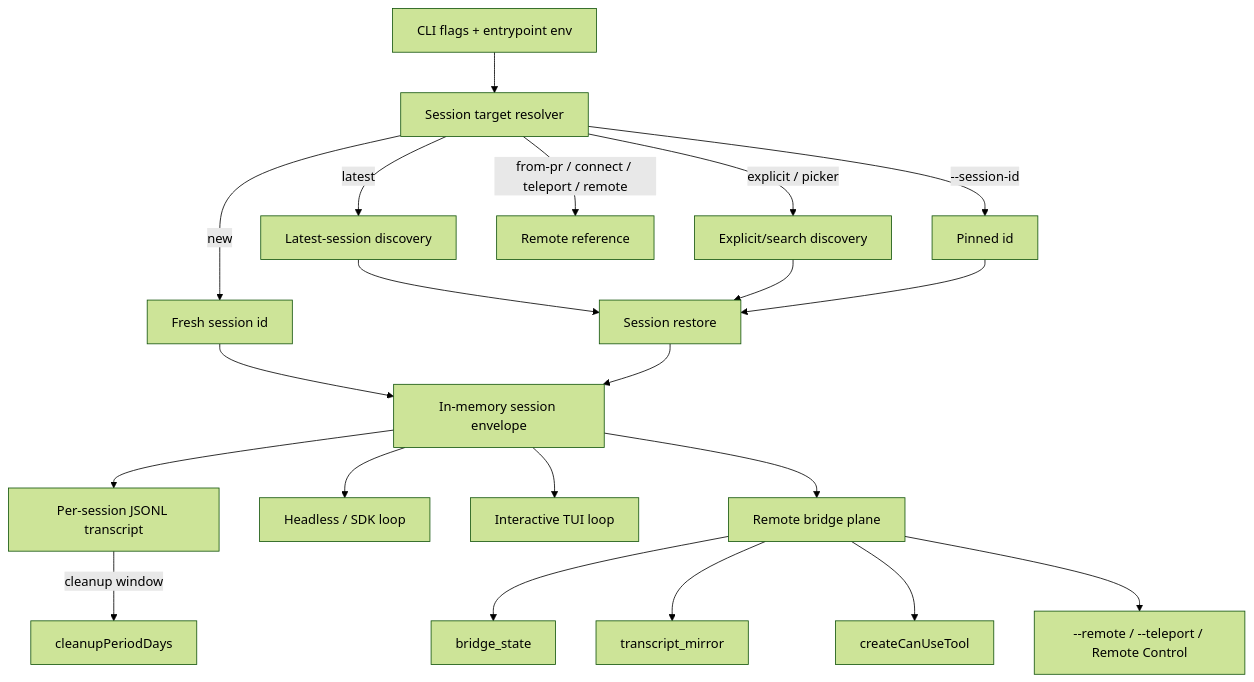
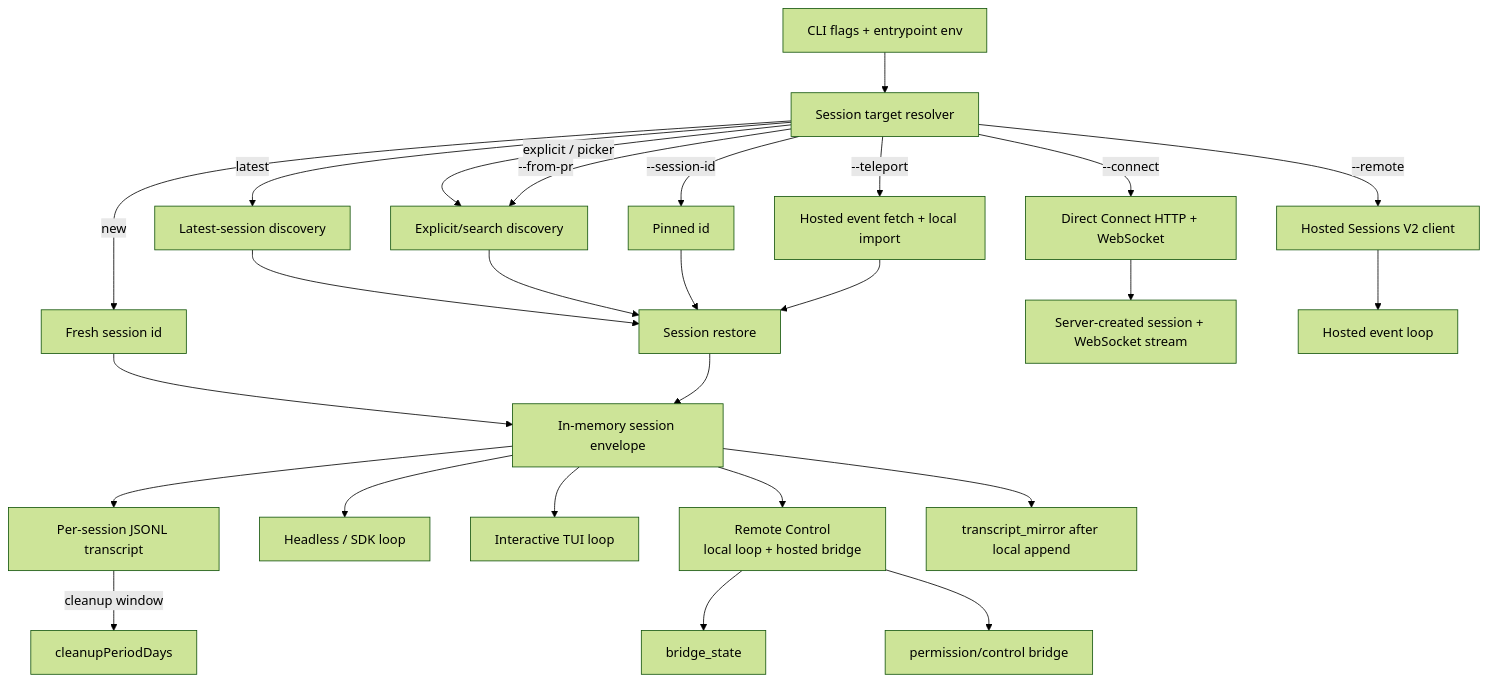
One commit to vibewatch/claude-code-internals changed the diagram in docs/04-sessions-persistence-remote/architecture.md. Above: the diagram before and after it, drawn with Mermaid (forest theme). The commit also changed other lines of this file and 46 other files, not shown here.

First line of the commit message:
Add mechanism-question audit documentation for sessions, persistence, remote, tools, integrations, and security

````diff
--- a/docs/04-sessions-persistence-remote/architecture.md
+++ b/docs/04-sessions-persistence-remote/architecture.md
@@ -45,27 +48,31 @@
 ```mermaid
 flowchart TD
     Cli[CLI flags + entrypoint env] --> Resolver[Session target resolver]
     Resolver -->|new| Fresh[Fresh session id]
     Resolver -->|latest| DiscoveryLatest[Latest-session discovery]
     Resolver -->|explicit / picker| DiscoveryExplicit[Explicit/search discovery]
-    Resolver -->|from-pr / connect / teleport / remote| RemoteRef[Remote reference]
+    Resolver -->|--from-pr| DiscoveryExplicit
+    Resolver -->|--teleport| Teleport[Hosted event fetch + local import]
+    Resolver -->|--connect| DirectConnect[Direct Connect HTTP + WebSocket]
+    Resolver -->|--remote| Hosted[Hosted Sessions V2 client]
     Resolver -->|--session-id| Pinned[Pinned id]
 
     Fresh --> Envelope[In-memory session envelope]
     DiscoveryLatest --> Restore[Session restore]
     DiscoveryExplicit --> Restore
     Pinned --> Restore
+    Teleport --> Restore
     Restore --> Envelope
 
     Envelope --> Durable[Per-session JSONL transcript]
     Envelope --> Headless[Headless / SDK loop]
     Envelope --> TUI[Interactive TUI loop]
-    Envelope --> Remote[Remote bridge plane]
-
-    Remote --> BridgeState[bridge_state]
-    Remote --> Mirror[transcript_mirror]
-    Remote --> Permission[createCanUseTool]
-    Remote --> RemoteSession[--remote / --teleport / Remote Control]
+    Envelope --> LocalBridge[Remote Control<br/>local loop + hosted bridge]
+    LocalBridge --> BridgeState[bridge_state]
+    LocalBridge --> Permission[permission/control bridge]
+    Envelope --> Mirror[transcript_mirror after local append]
+    DirectConnect --> DirectSocket[Server-created session + WebSocket stream]
+    Hosted --> HostedLoop[Hosted event loop]
 
     Durable -->|cleanup window| Retention[cleanupPeriodDays]
 ```
````
